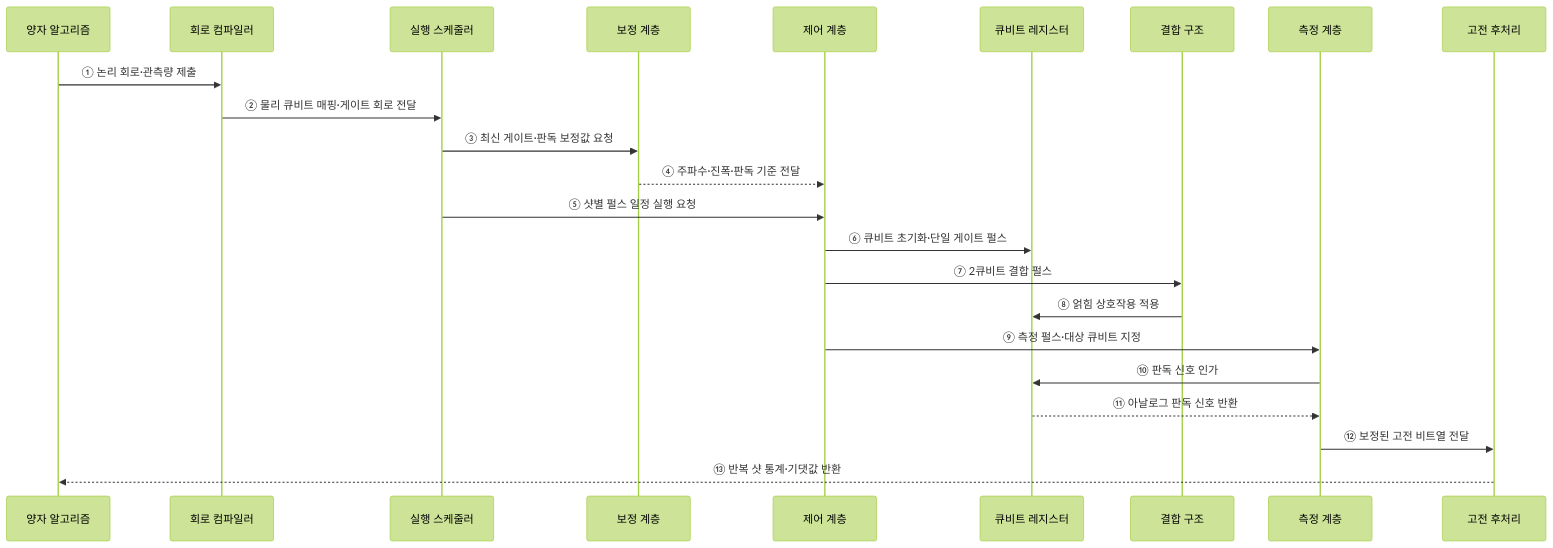
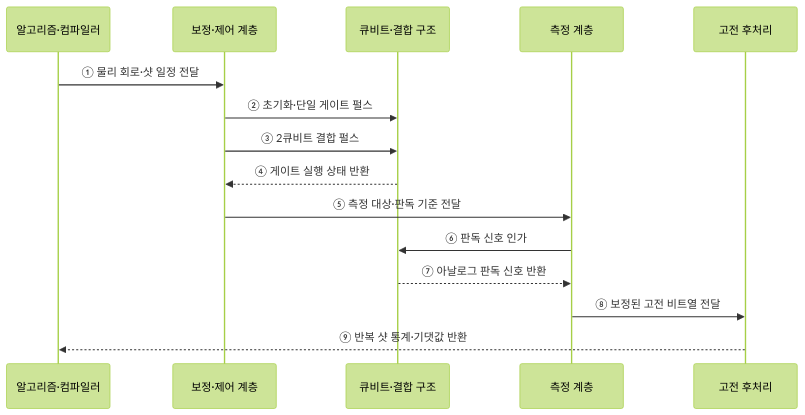
One commit to agnusdei1207/knowledge-base changed the second of 2 diagrams in src/content/docs/notes/02-hardware/072_quantum_computing_qubit.md. Above: the diagram before and after it, drawn with Mermaid (forest theme). The commit also changed other lines of this file and 20 other files, not shown here.

````diff
--- a/src/content/docs/notes/02-hardware/072_quantum_computing_qubit.md
+++ b/src/content/docs/notes/02-hardware/072_quantum_computing_qubit.md
@@ -104,26 +86,18 @@
 ```mermaid
 sequenceDiagram
-    participant A as 양자 알고리즘
-    participant C as 회로 컴파일러
-    participant S as 실행 스케줄러
-    participant B as 보정 계층
-    participant P as 제어 계층
-    participant Q as 큐비트 레지스터
-    participant K as 결합 구조
+    participant A as 알고리즘·컴파일러
+    participant B as 보정·제어 계층
+    participant Q as 큐비트·결합 구조
     participant M as 측정 계층
     participant H as 고전 후처리
 
-    A->>C: ① 논리 회로·관측량 제출
-    C->>S: ② 물리 큐비트 매핑·게이트 회로 전달
-    S->>B: ③ 최신 게이트·판독 보정값 요청
-    B-->>P: ④ 주파수·진폭·판독 기준 전달
-    S->>P: ⑤ 샷별 펄스 일정 실행 요청
-    P->>Q: ⑥ 큐비트 초기화·단일 게이트 펄스
-    P->>K: ⑦ 2큐비트 결합 펄스
-    K->>Q: ⑧ 얽힘 상호작용 적용
-    P->>M: ⑨ 측정 펄스·대상 큐비트 지정
-    M->>Q: ⑩ 판독 신호 인가
-    Q-->>M: ⑪ 아날로그 판독 신호 반환
-    M->>H: ⑫ 보정된 고전 비트열 전달
-    H-->>A: ⑬ 반복 샷 통계·기댓값 반환
+    A->>B: ① 물리 회로·샷 일정 전달
+    B->>Q: ② 초기화·단일 게이트 펄스
+    B->>Q: ③ 2큐비트 결합 펄스
+    Q-->>B: ④ 게이트 실행 상태 반환
+    B->>M: ⑤ 측정 대상·판독 기준 전달
+    M->>Q: ⑥ 판독 신호 인가
+    Q-->>M: ⑦ 아날로그 판독 신호 반환
+    M->>H: ⑧ 보정된 고전 비트열 전달
+    H-->>A: ⑨ 반복 샷 통계·기댓값 반환
 ```
````
